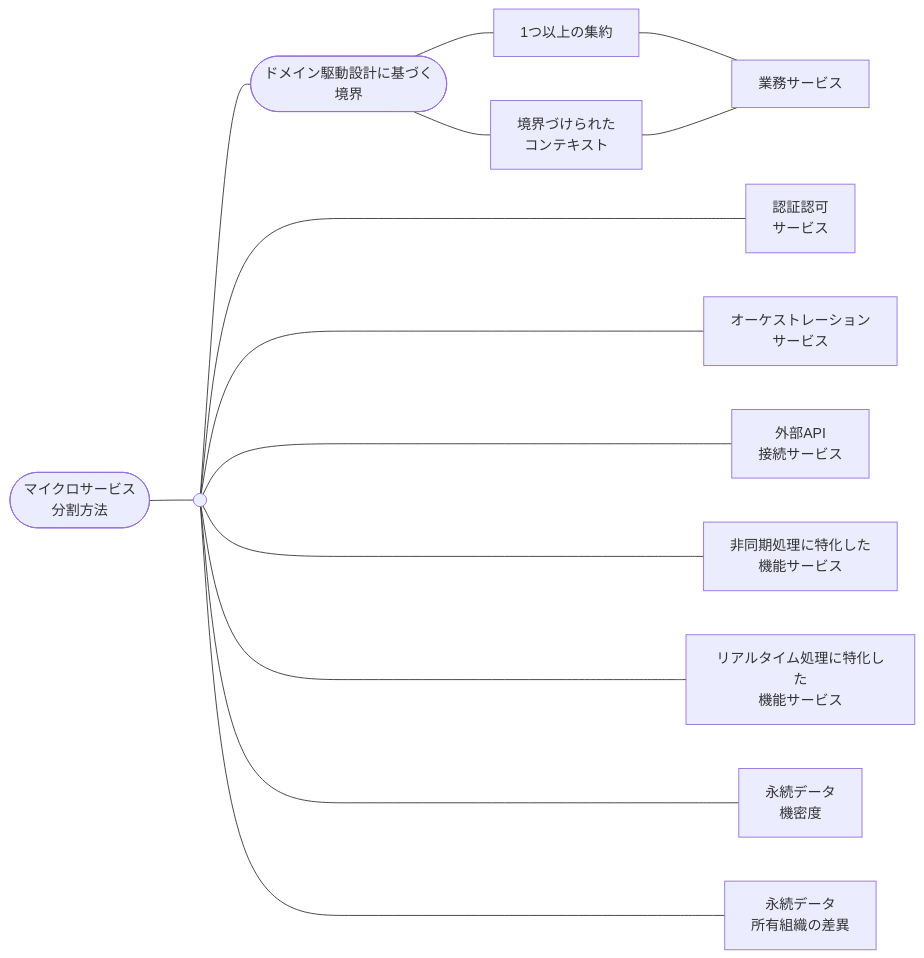
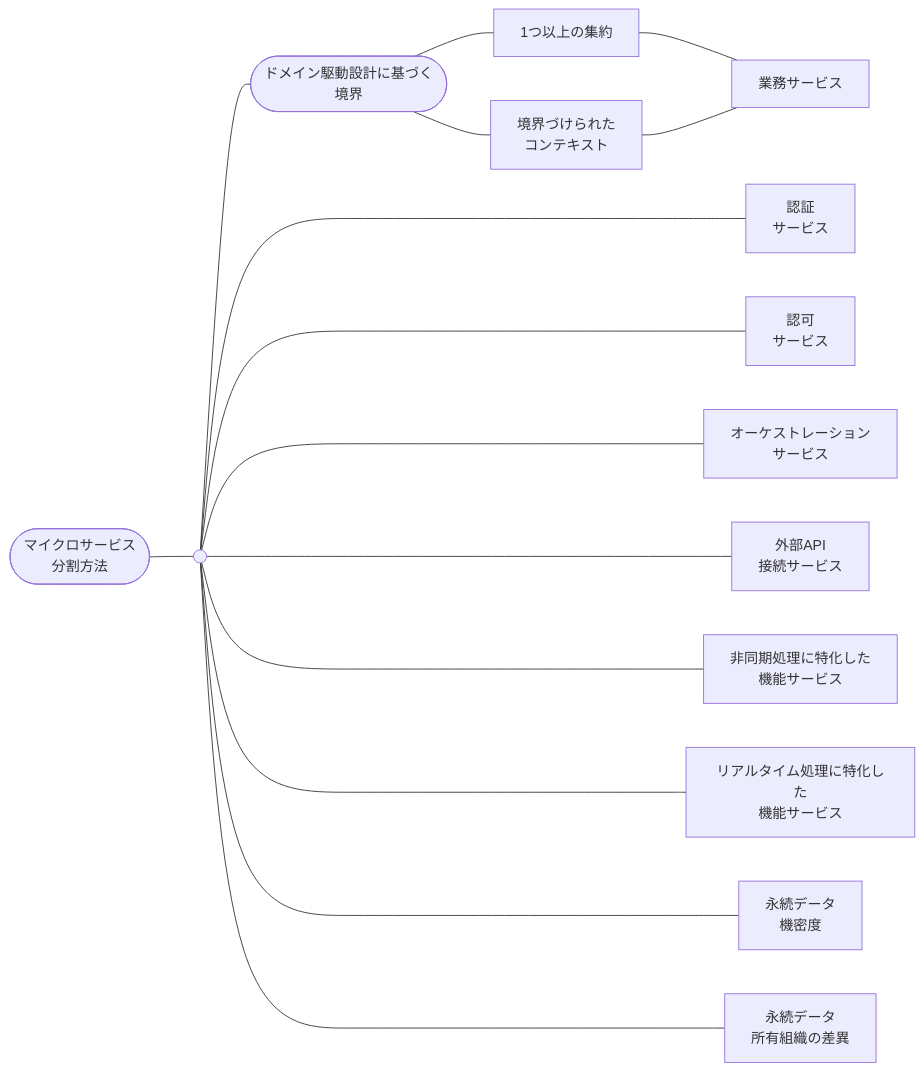
One commit to hiroki-it/tech-notebook changed the seventh of 24 diagrams in docs/software/software_application_architecture_microservices_cloudnative.md. Above: the diagram before and after it, drawn with Mermaid. The commit also changed other lines of this file and 4 other files, not shown here.

````diff
--- a/docs/software/software_application_architecture_microservices_cloudnative.md
+++ b/docs/software/software_application_architecture_microservices_cloudnative.md
@@ -825,16 +825,17 @@
 ```mermaid
 flowchart LR
   マイクロサービス分割方法([マイクロサービス<br>分割方法]) --- マイクロサービス分割方法の基点(( ))
   マイクロサービス分割方法の基点 --- ドメイン駆動設計に基づく境界([ドメイン駆動設計に基づく<br>境界])
   ドメイン駆動設計に基づく境界 --- 境界づけられたコンテキスト[境界づけられた<br>コンテキスト]
   ドメイン駆動設計に基づく境界 --- 1つ以上のルートエンティティ群[1つ以上の集約]
   1つ以上のルートエンティティ群 --- 業務サービス
   境界づけられたコンテキスト --- 業務サービス
-  マイクロサービス分割方法の基点 ----- 認証認可サービス[認証認可<br>サービス]
+  マイクロサービス分割方法の基点 ----- 認証サービス[認証<br>サービス]
+  マイクロサービス分割方法の基点 ----- 認可サービス[認可<br>サービス]
   マイクロサービス分割方法の基点 ----- オーケストレーションサービス[オーケストレーション<br>サービス]
   マイクロサービス分割方法の基点 ----- 外部API接続サービス[外部API<br>接続サービス]
   マイクロサービス分割方法の基点 ----- 非同期処理に特化した機能サービス[非同期処理に特化した<br>機能サービス]
   マイクロサービス分割方法の基点 ----- リアルタイム処理に特化した機能サービス[リアルタイム処理に特化した<br>機能サービス]
   マイクロサービス分割方法の基点 ----- 永続データの機密度[永続データ<br>機密度<br>]
   マイクロサービス分割方法の基点 ----- 永続データの所有組織の差異[永続データ<br>所有組織の差異]
 ```
````
